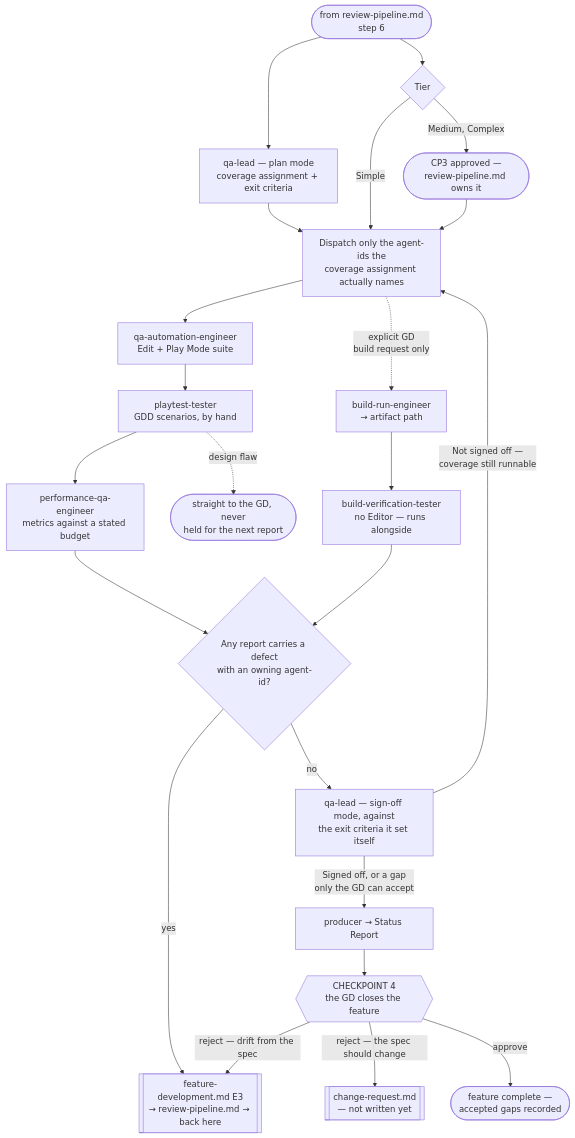
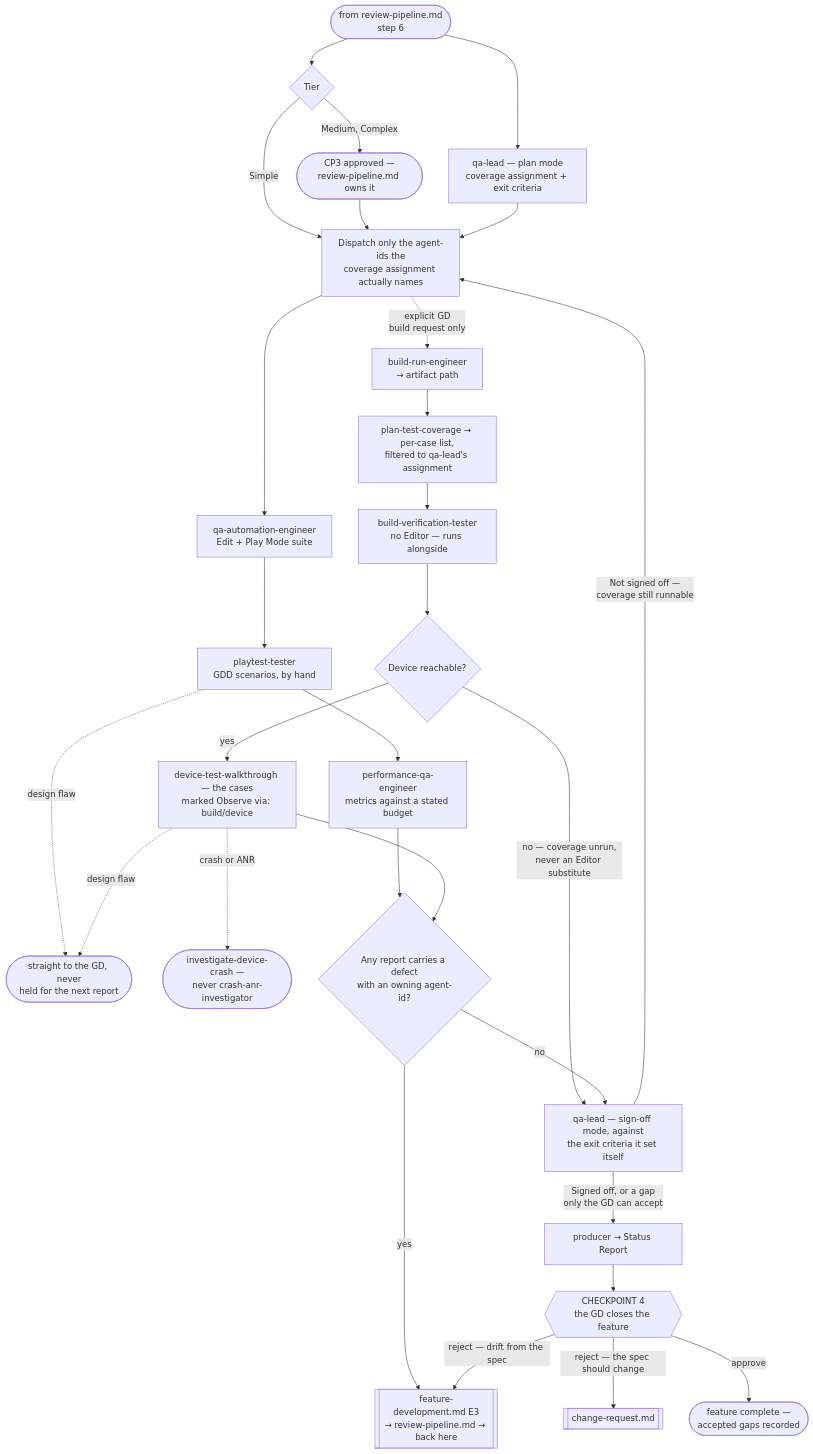
The diagram in .claude/workflows/qa-pipeline.md (PhuNguyen182/AI-For-Game-Development), drawn with Mermaid before and after one commit. The commit also changed other lines of this file and 5 other files, not shown here.

````diff
--- a/.claude/workflows/qa-pipeline.md
+++ b/.claude/workflows/qa-pipeline.md
@@ -47,34 +50,34 @@
 ```mermaid
 flowchart TD
     In([from review-pipeline.md<br/>step 6]) --> Plan[qa-lead — plan mode<br/>coverage assignment + exit criteria]
     In --> Unlock{Tier}
-
     Unlock -->|Simple| Exec
     Unlock -->|"Medium, Complex"| CP3([CP3 approved —<br/>review-pipeline.md owns it])
     CP3 --> Exec
-
     Plan --> Exec[Dispatch only the agent-ids the<br/>coverage assignment actually names]
 
     Exec --> Auto[qa-automation-engineer<br/>Edit + Play Mode suite]
     Auto --> Play[playtest-tester<br/>GDD scenarios, by hand]
     Play --> Perf[performance-qa-engineer<br/>metrics against a stated budget]
+    Play -.->|design flaw| GDNow([straight to the GD, never<br/>held for the next report])
 
     Exec -.->|explicit GD<br/>build request only| Bld[build-run-engineer<br/>→ artifact path]
-    Bld --> Ver[build-verification-tester<br/>no Editor — runs alongside]
-
-    Play -.->|design flaw| GDNow([straight to the GD, never<br/>held for the next report])
+    Bld --> Cases[plan-test-coverage → per-case list,<br/>filtered to qa-lead's assignment]
+    Cases --> Ver[build-verification-tester<br/>no Editor — runs alongside]
+    Ver --> Dev{Device reachable?}
+    Dev -->|yes| Walk[device-test-walkthrough — the cases<br/>marked Observe via: build/device]
+    Dev -->|"no — coverage unrun,<br/>never an Editor substitute"| Sign
+    Walk -.->|crash or ANR| Crash([investigate-device-crash —<br/>never crash-anr-investigator])
+    Walk -.->|design flaw| GDNow
 
     Perf --> Coll{Any report carries a defect<br/>with an owning agent-id?}
-    Ver --> Coll
-
+    Walk --> Coll
     Coll -->|yes| Back[[feature-development.md E3<br/>→ review-pipeline.md → back here]]
     Coll -->|no| Sign[qa-lead — sign-off mode, against<br/>the exit criteria it set itself]
-
     Sign -->|"Not signed off —<br/>coverage still runnable"| Exec
     Sign -->|"Signed off, or a gap<br/>only the GD can accept"| Rep[producer → Status Report]
-
     Rep --> CP4{{CHECKPOINT 4<br/>the GD closes the feature}}
     CP4 -->|"reject — drift from the spec"| Back
-    CP4 -->|"reject — the spec should change"| CR[[change-request.md<br/>— not written yet]]
+    CP4 -->|"reject — the spec should change"| CR[[change-request.md]]
     CP4 -->|approve| Done([feature complete —<br/>accepted gaps recorded])
 ```
````
